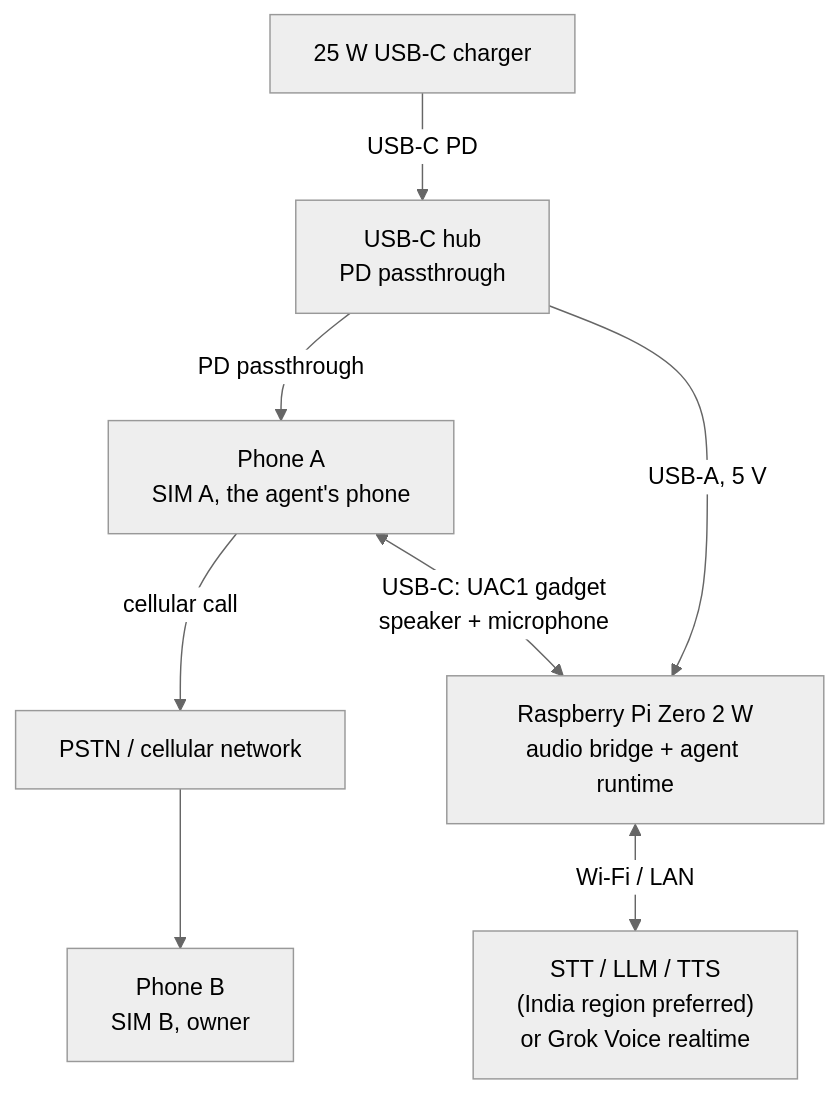
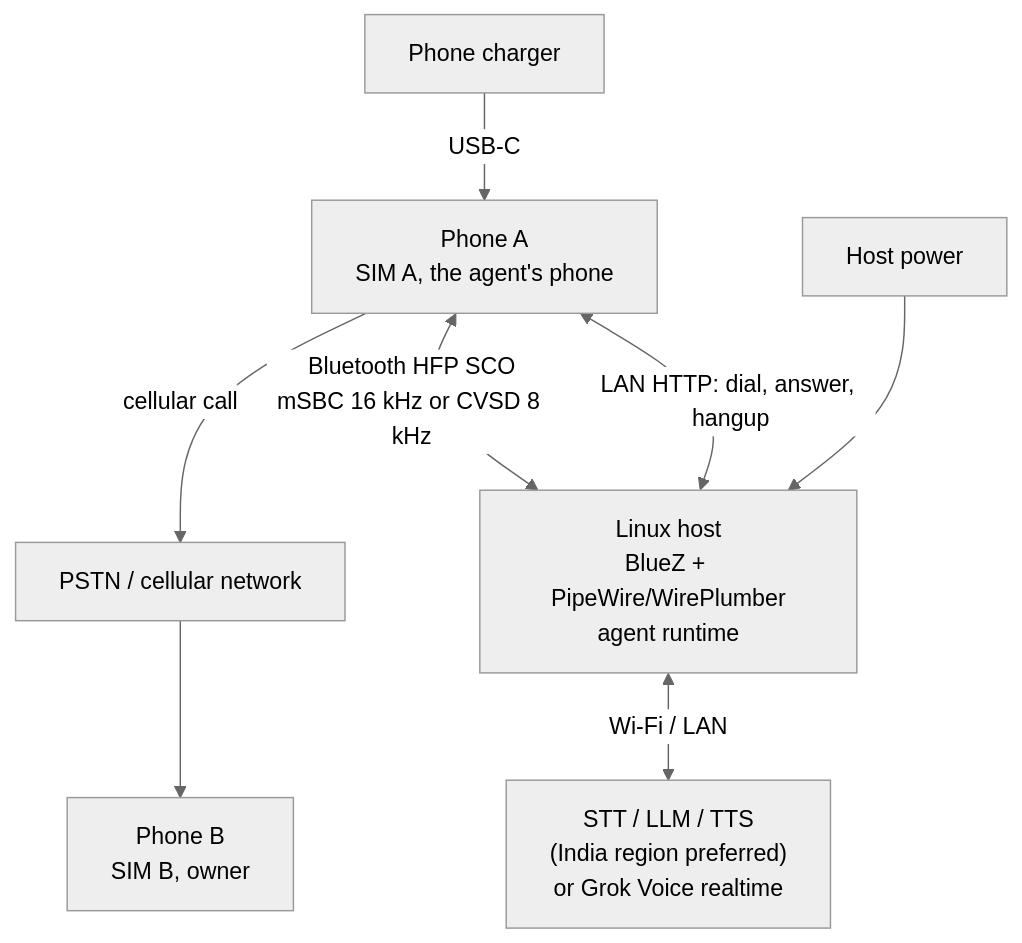
The diagram in README.md (fahimalizain/android-telephone-agent), drawn with Mermaid (neutral theme) before and after one commit. The commit also changed other lines of this file and 44 other files, not shown here.

Commit message:
docs: remove the Raspberry Pi and USB gadget route

````diff
--- a/README.md
+++ b/README.md
@@ -67,18 +65,18 @@
 ```mermaid
 flowchart TB
     PhoneA["Phone A<br/>SIM A, the agent's phone"]
     PhoneB["Phone B<br/>SIM B, owner"]
     PSTN["PSTN / cellular network"]
-    Pi["Raspberry Pi Zero 2 W<br/>audio bridge + agent runtime"]
+    Host["Linux host<br/>BlueZ + PipeWire/WirePlumber<br/>agent runtime"]
     Providers["STT / LLM / TTS<br/>(India region preferred)<br/>or Grok Voice realtime"]
-    Charger["25 W USB-C charger"]
-    Hub["USB-C hub<br/>PD passthrough"]
+    Charger["Phone charger"]
+    HostPower["Host power"]
 
     PhoneA -->|"cellular call"| PSTN
     PSTN --> PhoneB
-    PhoneA <-->|"USB-C: UAC1 gadget<br/>speaker + microphone"| Pi
-    Pi <-->|"Wi-Fi / LAN"| Providers
-    Charger -->|"USB-C PD"| Hub
-    Hub -->|"PD passthrough"| PhoneA
-    Hub -->|"USB-A, 5 V"| Pi
+    PhoneA <-->|"Bluetooth HFP SCO<br/>mSBC 16 kHz or CVSD 8 kHz"| Host
+    Host <-->|"LAN HTTP: dial, answer, hangup"| PhoneA
+    Host <-->|"Wi-Fi / LAN"| Providers
+    Charger -->|"USB-C"| PhoneA
+    HostPower --> Host
 ```
````
